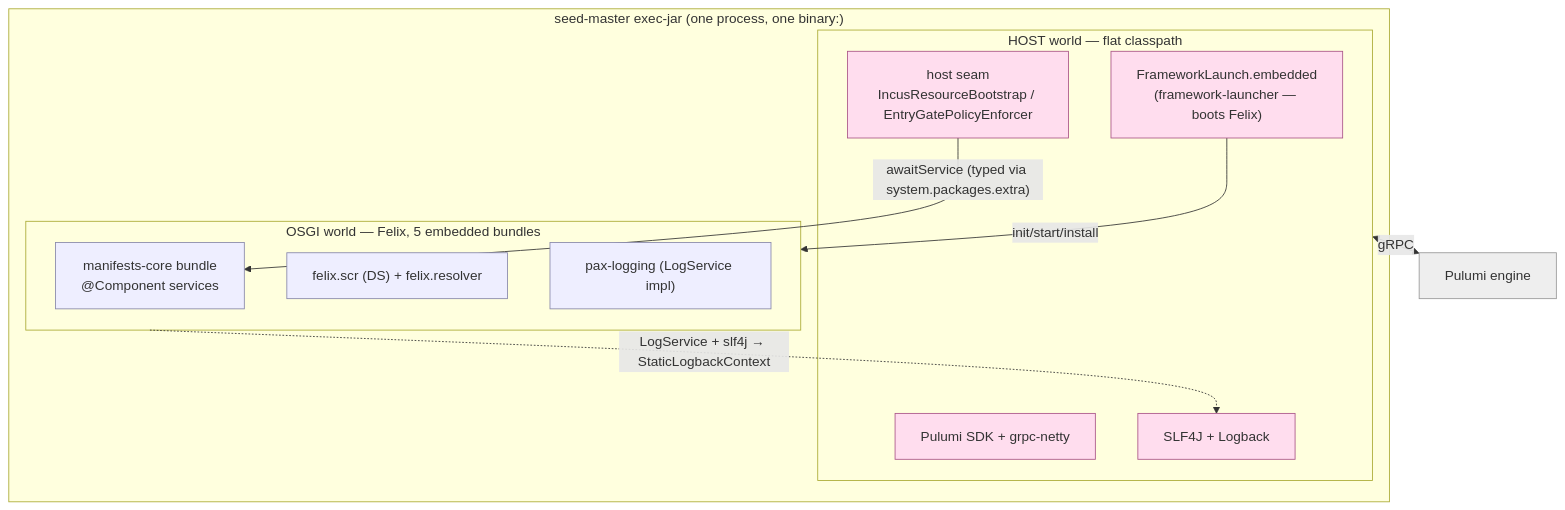
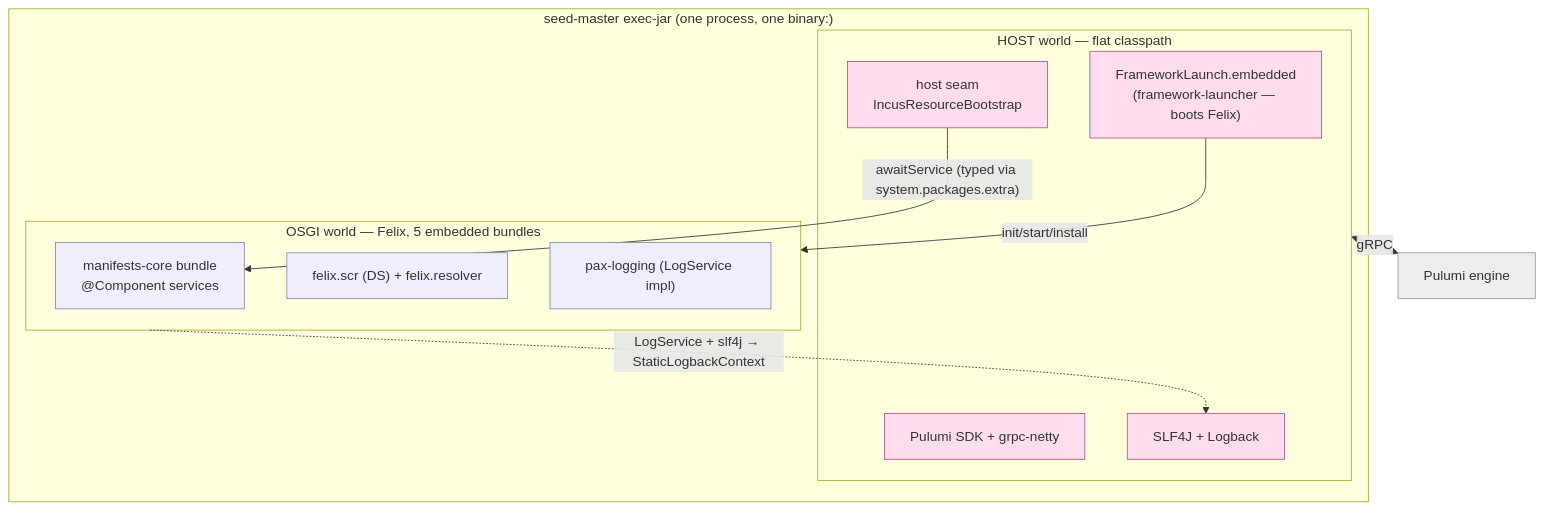
Before and after one commit to nxmatic/rke2lab: the first of 4 diagrams in docs/architecture/atlas/runtime.adoc, drawn with Mermaid. The commit also changed other lines of this file and 46 other files, not shown here.

First line of the commit message:
feat(worktree,incus): self-contained grow plan + OSGi-side entry gate + worktree-contract fold

```diff
--- a/docs/architecture/atlas/runtime.adoc
+++ b/docs/architecture/atlas/runtime.adoc
@@ -27,27 +27,27 @@
 [mermaid]
 ....
 flowchart TB
   subgraph proc["seed-master exec-jar (one process, one binary:)"]
     subgraph host["HOST world — flat classpath"]
-      seam["host seam<br/>IncusResourceBootstrap / EntryGatePolicyEnforcer"]:::host
+      seam["host seam<br/>IncusResourceBootstrap"]:::host
       rt["FrameworkLaunch.embedded<br/>(framework-launcher — boots Felix)"]:::host
       grpc["Pulumi SDK + grpc-netty"]:::host
       lb["SLF4J + Logback"]:::host
     end
     subgraph osgi["OSGI world — Felix, 5 embedded bundles"]
       core["manifests-core bundle<br/>@Component services"]:::osgi
       scr["felix.scr (DS) + felix.resolver"]:::osgi
       pax["pax-logging (LogService impl)"]:::osgi
     end
   end
   engine["Pulumi engine"]:::ext
 
   seam -->|"awaitService (typed via system.packages.extra)"| core
   rt -->|init/start/install| osgi
   host <-->|gRPC| engine
   osgi -.->|"LogService + slf4j → StaticLogbackContext"| lb
 
   classDef host fill:#fde,stroke:#a58,stroke-width:1px;
   classDef osgi fill:#eef,stroke:#88a,stroke-width:1px;
   classDef ext fill:#eee,stroke:#999,stroke-width:1px;
 ....
```
